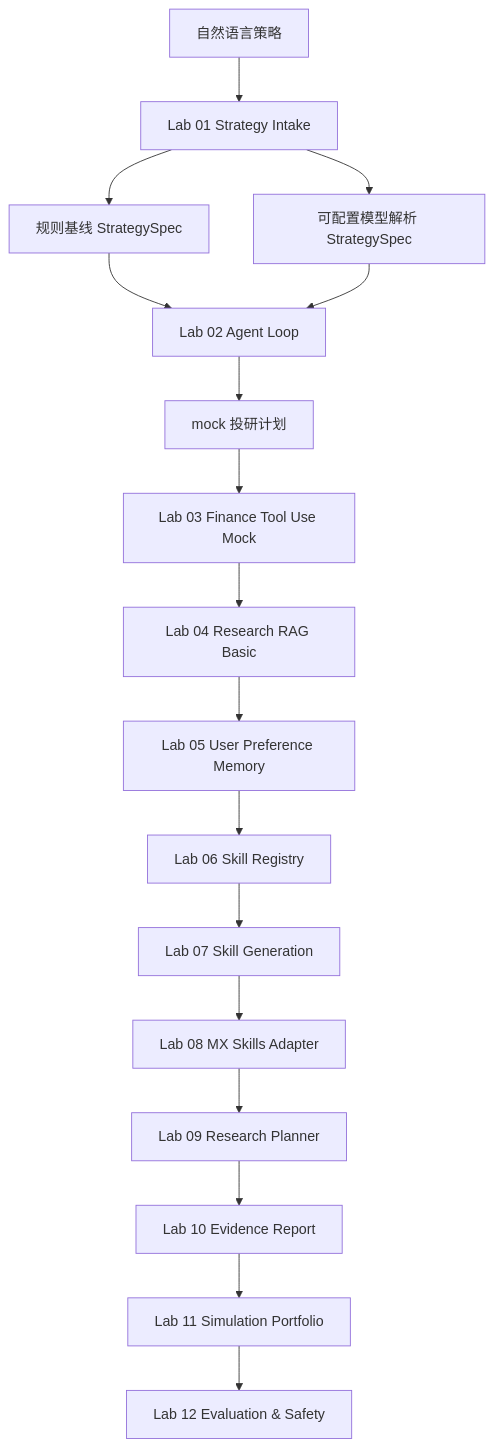
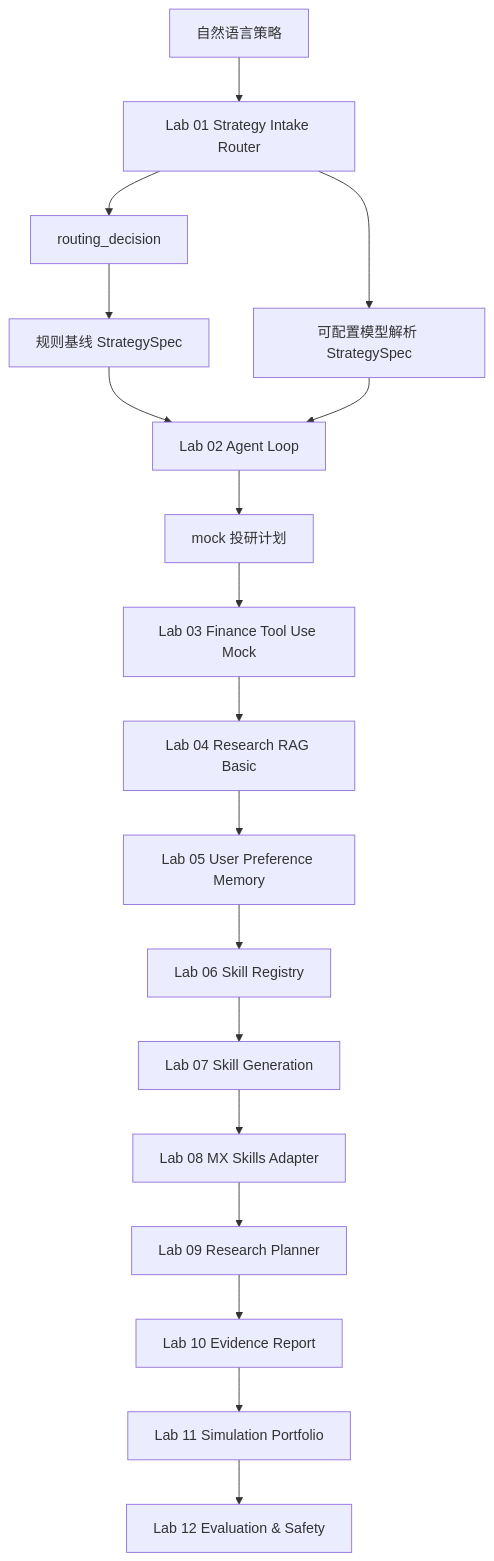
One commit to pittosporum-seu/Learning_Agent changed the third of 4 diagrams in docs/document-graph.md. Above: the diagram before and after it, drawn with Mermaid. The commit also changed other lines of this file and 17 other files, not shown here.

Commit message:
Add Lab 01 routing decision demo

````diff
--- a/docs/document-graph.md
+++ b/docs/document-graph.md
@@ -72,19 +72,20 @@
 ```mermaid
 flowchart TD
-    U["自然语言策略"] --> L01["Lab 01 Strategy Intake"]
-    L01 --> R1["规则基线 StrategySpec"]
+    U["自然语言策略"] --> L01["Lab 01 Strategy Intake Router"]
+    L01 --> R0["routing_decision"]
+    R0 --> R1["规则基线 StrategySpec"]
     L01 --> M1["可配置模型解析 StrategySpec"]
     R1 --> L02["Lab 02 Agent Loop"]
     M1 --> L02
     L02 --> P["mock 投研计划"]
     P --> L03["Lab 03 Finance Tool Use Mock"]
     L03 --> L04["Lab 04 Research RAG Basic"]
     L04 --> L05["Lab 05 User Preference Memory"]
     L05 --> L06["Lab 06 Skill Registry"]
     L06 --> L07["Lab 07 Skill Generation"]
     L07 --> L08["Lab 08 MX Skills Adapter"]
     L08 --> L09["Lab 09 Research Planner"]
     L09 --> L10["Lab 10 Evidence Report"]
     L10 --> L11["Lab 11 Simulation Portfolio"]
     L11 --> L12["Lab 12 Evaluation & Safety"]
 ```
````
